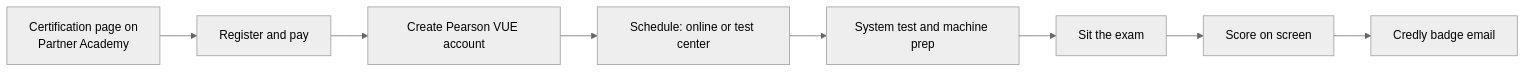
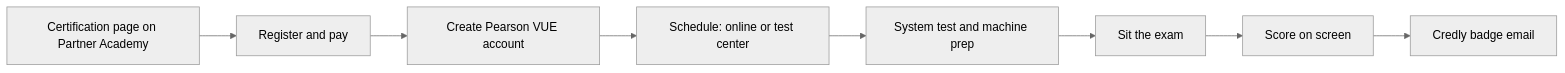
The first of 3 diagrams in guide/registration.md (Amey-Thakur/CLAUDE-CERTIFICATIONS), drawn with Mermaid (neutral theme) before and after one commit. The commit also changed other lines of this file and 3 other files, not shown here.

````diff
--- a/guide/registration.md
+++ b/guide/registration.md
@@ -7,11 +7,10 @@
 ```mermaid
 flowchart LR
-    A[Certification page on
-Partner Academy] --> B[Register and pay]
+    A[Certification page on Partner Academy] --> B[Register and pay]
     B --> C[Create Pearson VUE account]
     C --> D[Schedule: online or test center]
     D --> E[System test and machine prep]
     E --> F[Sit the exam]
     F --> G[Score on screen]
     G --> H[Credly badge email]
 ```
````
